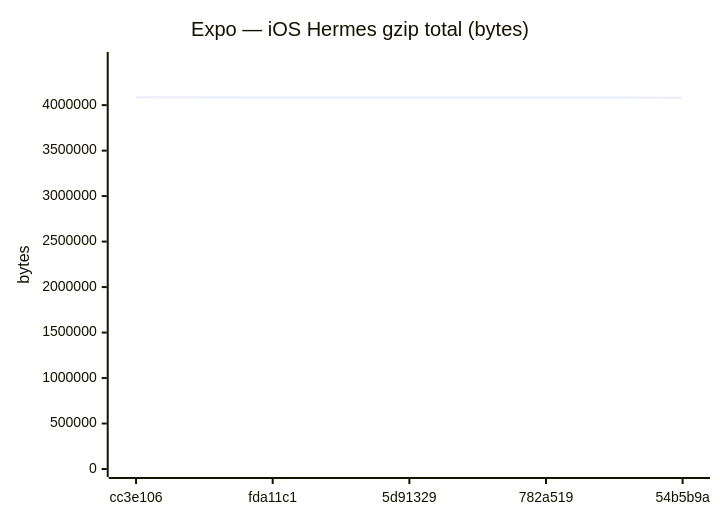
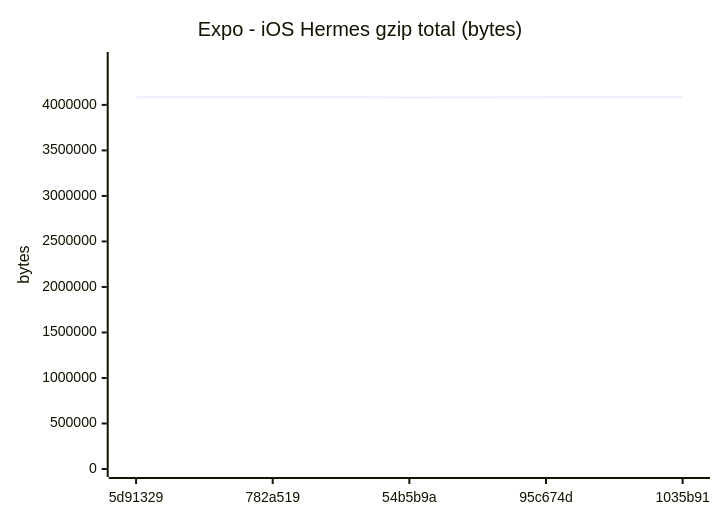
One commit to Metaheurist/Rianell changed diagram 12 of 18 in benchmarks/compare.md. Above: the diagram before and after it, drawn with Mermaid. The commit also changed other lines of this file and 294 other files, not shown here.

````diff
--- a/benchmarks/compare.md
+++ b/benchmarks/compare.md
@@ -179,7 +179,7 @@
 ```mermaid
 xychart-beta
-    title "Expo — iOS Hermes gzip total (bytes)"
-    x-axis ["cc3e106", "fda11c1", "5d91329", "782a519", "54b5b9a"]
-    y-axis "bytes" 0 --> 4496154
-    line [4087412, 4084812, 4084805, 4084677, 4082348]
+    title "Expo - iOS Hermes gzip total (bytes)"
+    x-axis ["5d91329", "782a519", "54b5b9a", "95c674d", "1035b91"]
+    y-axis "bytes" 0 --> 4493286
+    line [4084805, 4084677, 4082348, 4083105, 4083108]
 ```
````
